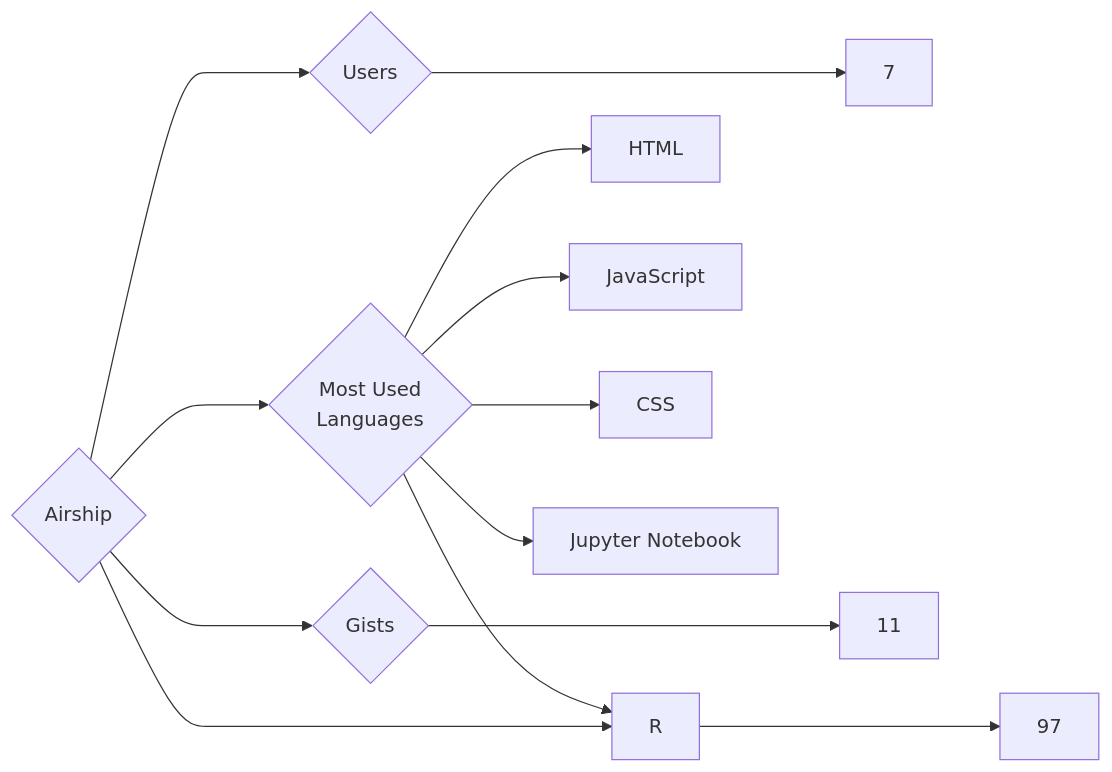
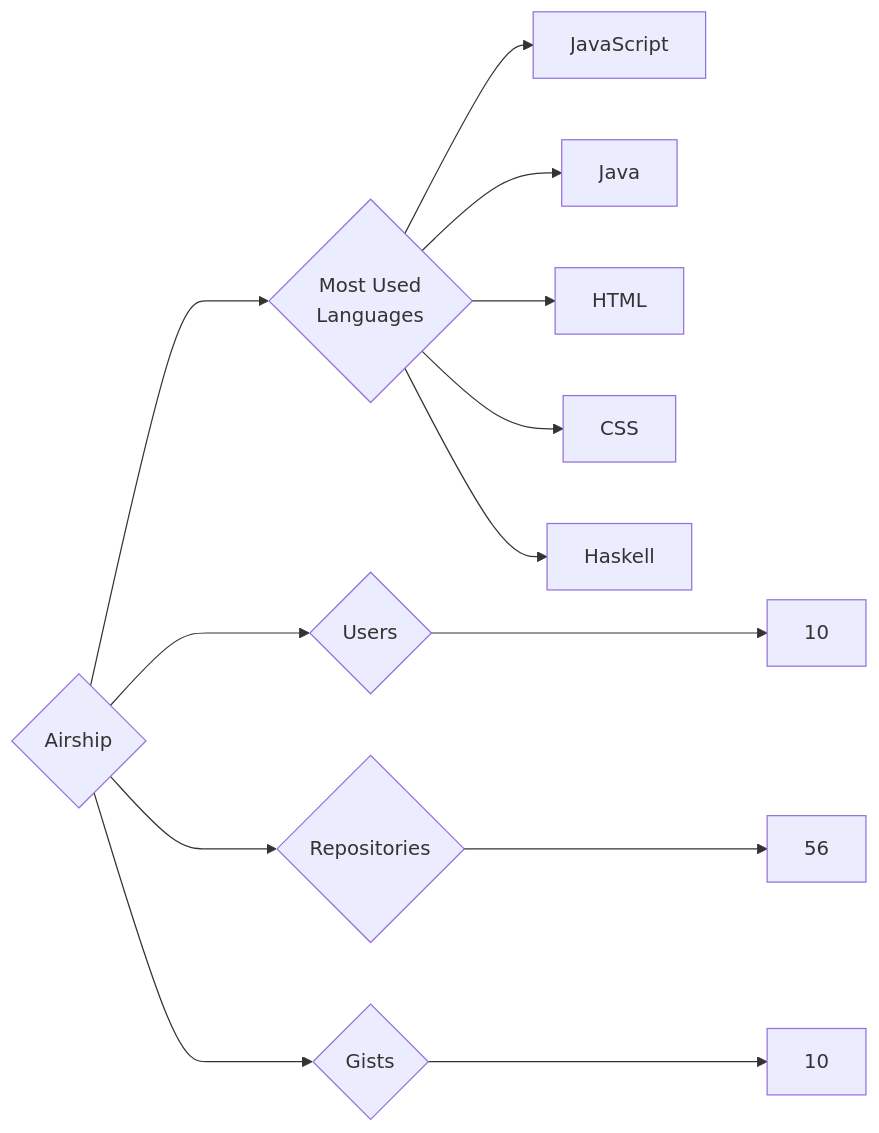
One commit to trickest/insiders changed the diagram in targets/Airship/README.md. Above: the diagram before and after it, drawn with Mermaid. The commit also changed 748 other files, not shown here.

````diff
--- a/targets/Airship/README.md
+++ b/targets/Airship/README.md
@@ -3,13 +3,13 @@
 ```mermaid
 graph LR
 COMPANY_NAME{Airship}
-COMPANY_NAME ---> U{Users} ---> UN[7]
-COMPANY_NAME ---> R{Repositories} ---> RN[97]
-COMPANY_NAME ---> G{Gists} ---> GN[11]
+COMPANY_NAME ---> U{Users} ---> UN[10]
+COMPANY_NAME ---> R{Repositories} ---> RN[56]
+COMPANY_NAME ---> G{Gists} ---> GN[10]
 COMPANY_NAME ---> ML{Most Used<br>Languages}
+ML --> JavaScript[JavaScript]
+ML --> Java[Java]
 ML --> HTML[HTML]
-ML --> JavaScript[JavaScript]
 ML --> CSS[CSS]
-ML --> Jupyter_Notebook[Jupyter Notebook]
-ML --> R[R]
+ML --> Haskell[Haskell]
 ```
````
